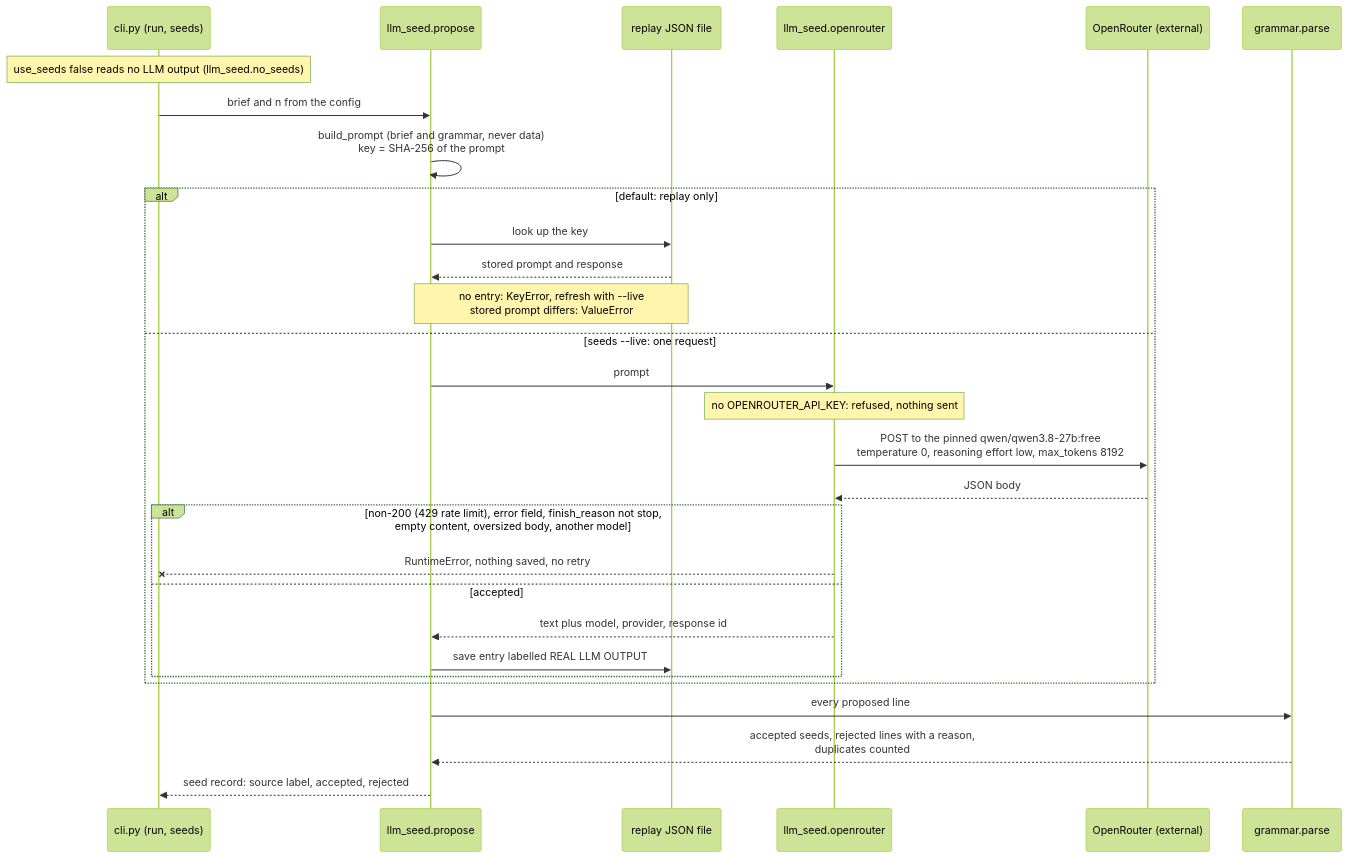
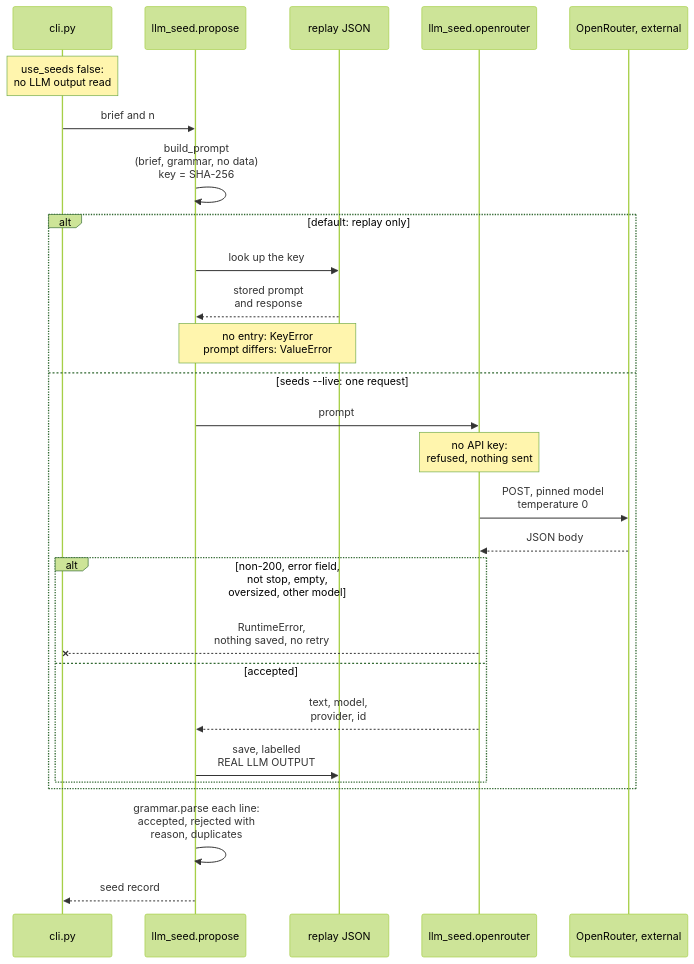
Before and after one commit to oscar-chw/alpha-gp-lab: the fourth of 5 diagrams in docs/DIAGRAMS.md, drawn with Mermaid (forest theme). The commit also changed other lines of this file and 1 other file, not shown here.

Commit message:
docs: make diagrams legible at README width

````diff
--- a/docs/DIAGRAMS.md
+++ b/docs/DIAGRAMS.md
@@ -204,31 +201,29 @@
 ```mermaid
 sequenceDiagram
-    participant CLI as cli.py (run, seeds)
+    participant CLI as cli.py
     participant P as llm_seed.propose
-    participant R as replay JSON file
+    participant R as replay JSON
     participant O as llm_seed.openrouter
-    participant M as OpenRouter (external)
-    participant G as grammar.parse
-    Note over CLI: use_seeds false reads no LLM output (llm_seed.no_seeds)
-    CLI->>P: brief and n from the config
-    P->>P: build_prompt (brief and grammar, never data)<br/>key = SHA-256 of the prompt
+    participant M as OpenRouter, external
+    Note over CLI: use_seeds false:<br/>no LLM output read
+    CLI->>P: brief and n
+    P->>P: build_prompt<br/>(brief, grammar, no data)<br/>key = SHA-256
     alt default: replay only
         P->>R: look up the key
-        R-->>P: stored prompt and response
-        Note over P,R: no entry: KeyError, refresh with --live<br/>stored prompt differs: ValueError
+        R-->>P: stored prompt<br/>and response
+        Note over P,R: no entry: KeyError<br/>prompt differs: ValueError
     else seeds --live: one request
         P->>O: prompt
-        Note over O: no OPENROUTER_API_KEY: refused, nothing sent
-        O->>M: POST to the pinned qwen/qwen3.8-27b:free<br/>temperature 0, reasoning effort low, max_tokens 8192
+        Note over O: no API key:<br/>refused, nothing sent
+        O->>M: POST, pinned model<br/>temperature 0
         M-->>O: JSON body
-        alt non-200 (429 rate limit), error field, finish_reason not stop,<br/>empty content, oversized body, another model
-            O--xCLI: RuntimeError, nothing saved, no retry
+        alt non-200, error field,<br/>not stop, empty,<br/>oversized, other model
+            O--xCLI: RuntimeError,<br/>nothing saved, no retry
         else accepted
-            O-->>P: text plus model, provider, response id
-            P->>R: save entry labelled REAL LLM OUTPUT
+            O-->>P: text, model,<br/>provider, id
+            P->>R: save, labelled<br/>REAL LLM OUTPUT
         end
     end
-    P->>G: every proposed line
-    G-->>P: accepted seeds, rejected lines with a reason,<br/>duplicates counted
-    P-->>CLI: seed record: source label, accepted, rejected
+    P->>P: grammar.parse each line:<br/>accepted, rejected with<br/>reason, duplicates
+    P-->>CLI: seed record
 ```
````
